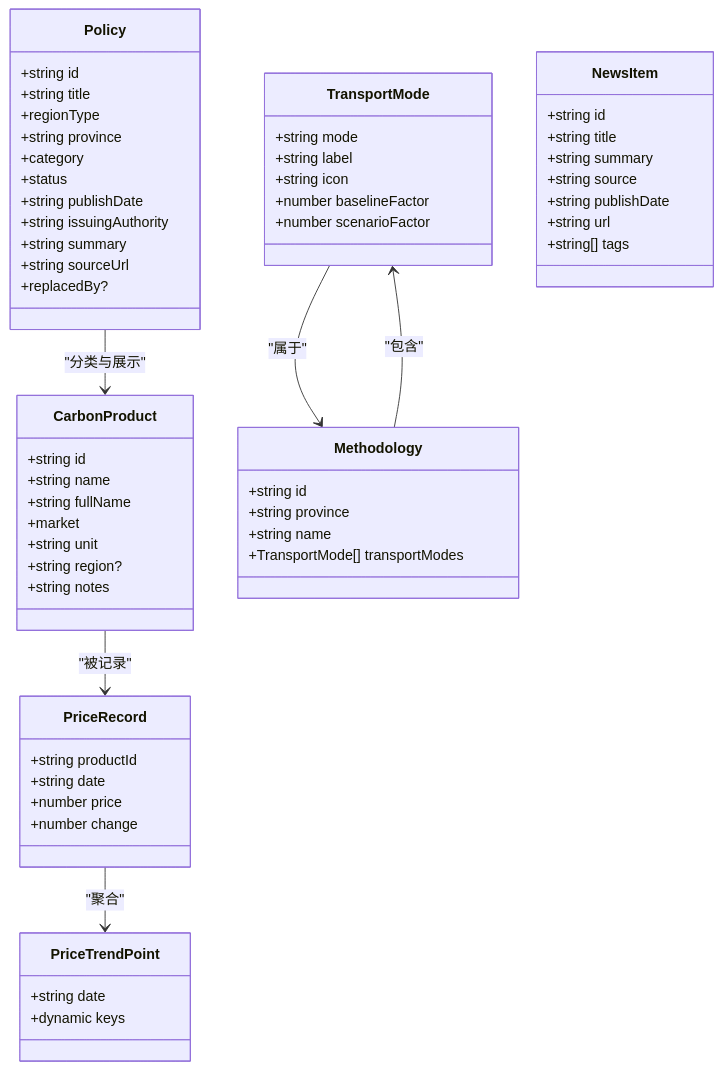
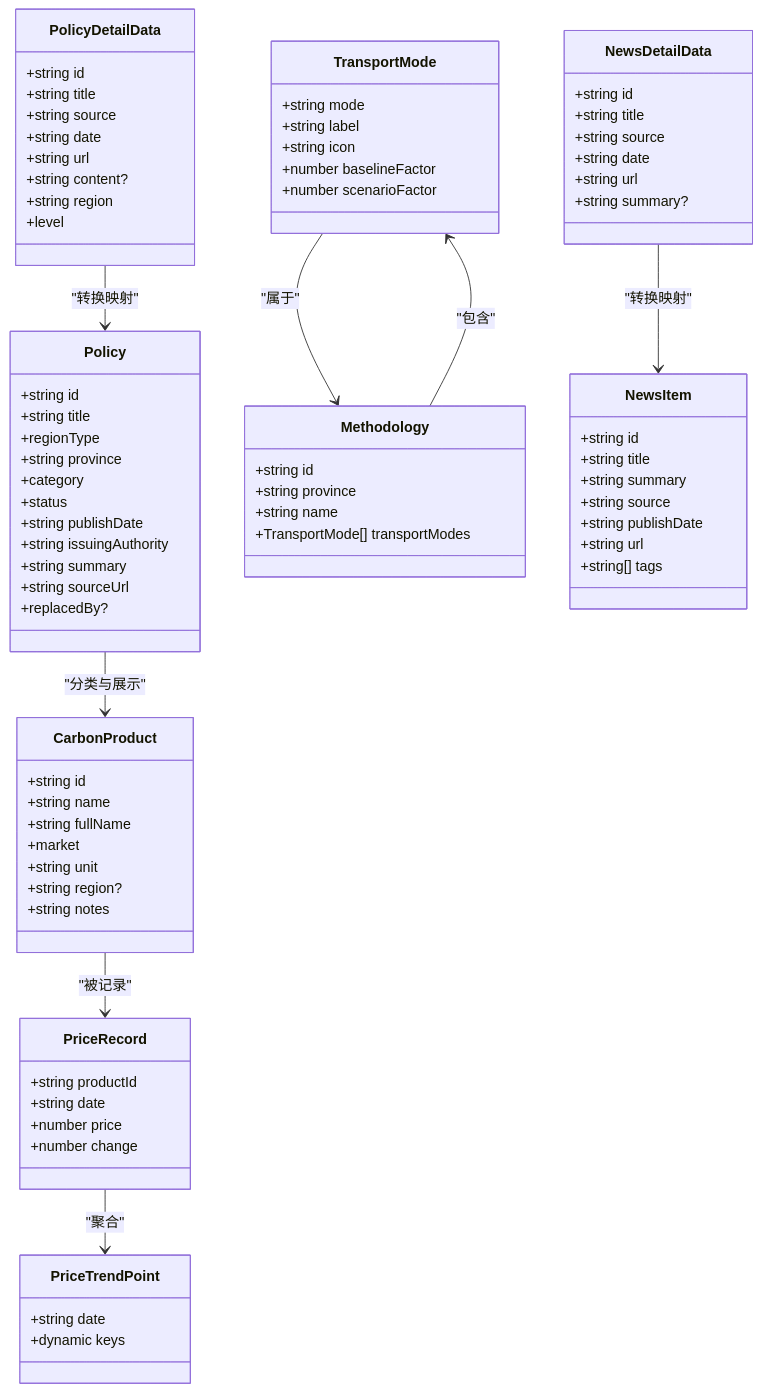
One commit to liangxuanliang-cmd/carbon-info-agent changed the second of 6 diagrams in .qoder/repowiki/zh/content/数据管理/数据模型定义.md. Above: the diagram before and after it, drawn with Mermaid. The commit also changed other lines of this file and 8 other files, not shown here.

````diff
--- a/.qoder/repowiki/zh/content/数据管理/数据模型定义.md
+++ b/.qoder/repowiki/zh/content/数据管理/数据模型定义.md
@@ -243,62 +320,82 @@
 ```mermaid
 classDiagram
+class PolicyDetailData {
++string id
++string title
++string source
++string date
++string url
++string content?
++string region
++level
+}
 class Policy {
 +string id
 +string title
 +regionType
 +string province
 +category
 +status
 +string publishDate
 +string issuingAuthority
 +string summary
 +string sourceUrl
 +replacedBy?
 }
 class CarbonProduct {
 +string id
 +string name
 +string fullName
 +market
 +string unit
 +string region?
 +string notes
 }
 class TransportMode {
 +string mode
 +string label
 +string icon
 +number baselineFactor
 +number scenarioFactor
 }
 class Methodology {
 +string id
 +string province
 +string name
 +TransportMode[] transportModes
 }
+class NewsDetailData {
++string id
++string title
++string source
++string date
++string url
++string summary?
+}
 class NewsItem {
 +string id
 +string title
 +string summary
 +string source
 +string publishDate
 +string url
 +string[] tags
 }
 class PriceRecord {
 +string productId
 +string date
 +number price
 +number change
 }
 class PriceTrendPoint {
 +string date
 +dynamic keys
 }
+PolicyDetailData --> Policy : "转换映射"
+NewsDetailData --> NewsItem : "转换映射"
 Policy --> CarbonProduct : "分类与展示"
 Methodology --> TransportMode : "包含"
 CarbonProduct --> PriceRecord : "被记录"
 PriceRecord --> PriceTrendPoint : "聚合"
 TransportMode --> Methodology : "属于"
 ```
````
